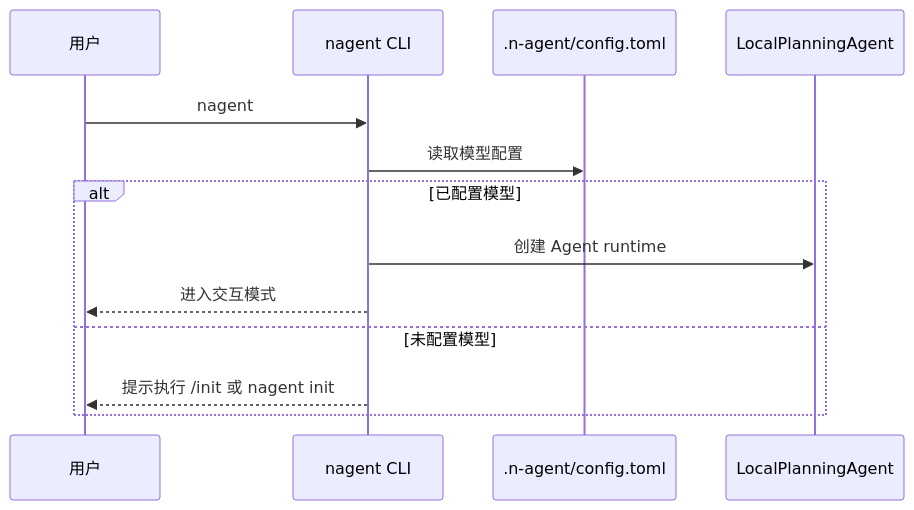
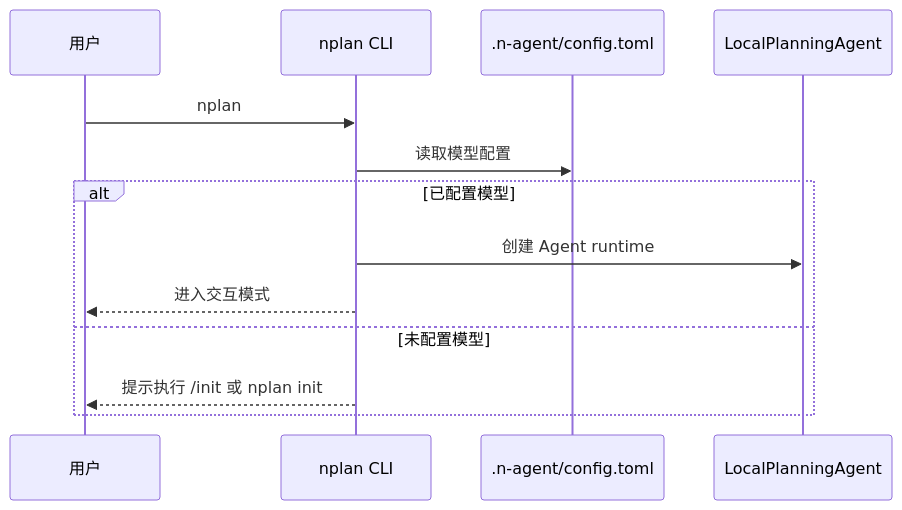
The second of 4 diagrams in docs/n-agent-process-task-obsidian.md (xqct0001/nplan), drawn with Mermaid before and after one commit. The commit also changed other lines of this file and 13 other files, not shown here.

````diff
--- a/docs/n-agent-process-task-obsidian.md
+++ b/docs/n-agent-process-task-obsidian.md
@@ -66,16 +66,16 @@
 ```mermaid
 sequenceDiagram
   participant U as 用户
-  participant C as nagent CLI
+  participant C as nplan CLI
   participant F as .n-agent/config.toml
   participant A as LocalPlanningAgent
 
-  U->>C: nagent
+  U->>C: nplan
   C->>F: 读取模型配置
   alt 已配置模型
     C->>A: 创建 Agent runtime
     C-->>U: 进入交互模式
   else 未配置模型
-    C-->>U: 提示执行 /init 或 nagent init
+    C-->>U: 提示执行 /init 或 nplan init
   end
 ```
````
